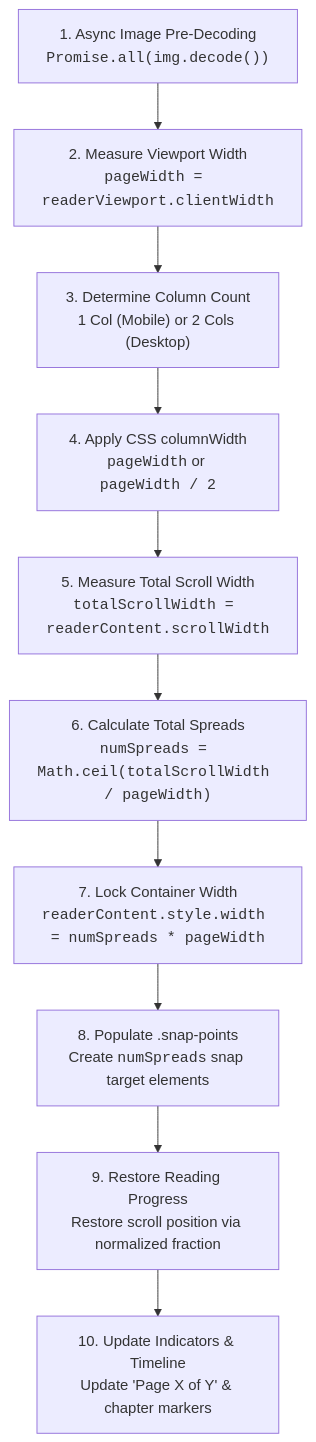
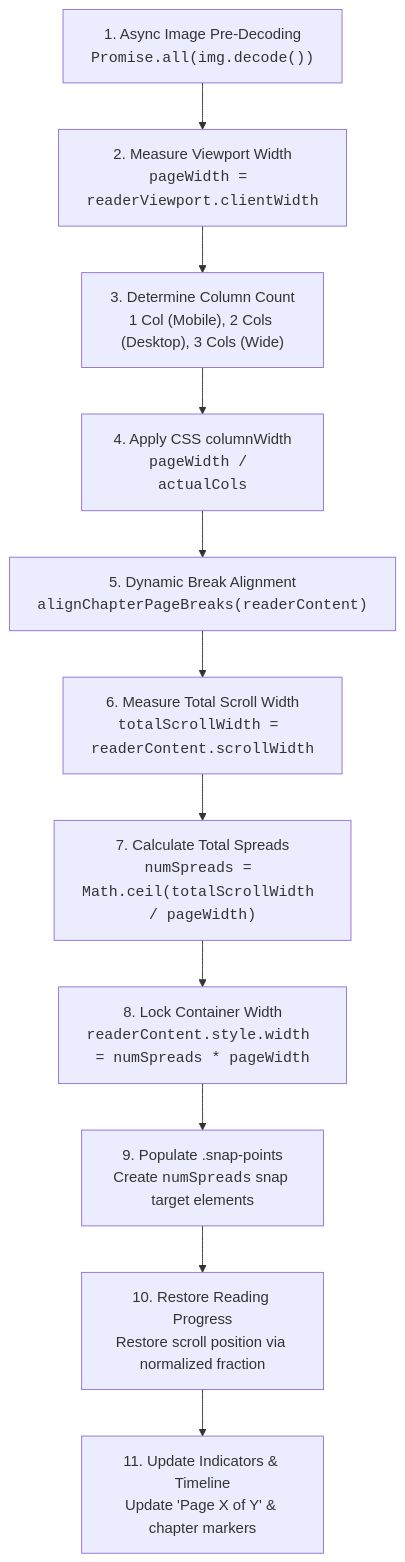
The diagram in READER_ENGINE.md (rogerallen/zenolet), drawn with Mermaid before and after one commit. The commit also changed other lines of this file, not shown here.

Commit message:
docs: document dynamic break alignment and table fragmentation in READER_ENGINE.md

````diff
--- a/READER_ENGINE.md
+++ b/READER_ENGINE.md
@@ -92,12 +93,13 @@
 ```mermaid
 flowchart TD
     A["1. Async Image Pre-Decoding<br/><code>Promise.all(img.decode())</code>"] --> B["2. Measure Viewport Width<br/><code>pageWidth = readerViewport.clientWidth</code>"]
-    B --> C["3. Determine Column Count<br/>1 Col (Mobile) or 2 Cols (Desktop)"]
-    C --> D["4. Apply CSS columnWidth<br/><code>pageWidth</code> or <code>pageWidth / 2</code>"]
-    D --> E["5. Measure Total Scroll Width<br/><code>totalScrollWidth = readerContent.scrollWidth</code>"]
-    E --> F["6. Calculate Total Spreads<br/><code>numSpreads = Math.ceil(totalScrollWidth / pageWidth)</code>"]
-    F --> G["7. Lock Container Width<br/><code>readerContent.style.width = numSpreads * pageWidth</code>"]
-    G --> H["8. Populate .snap-points<br/>Create <code>numSpreads</code> snap target elements"]
-    H --> I["9. Restore Reading Progress<br/>Restore scroll position via normalized fraction"]
-    I --> J["10. Update Indicators & Timeline<br/>Update 'Page X of Y' & chapter markers"]
+    B --> C["3. Determine Column Count<br/>1 Col (Mobile), 2 Cols (Desktop), 3 Cols (Wide)"]
+    C --> D["4. Apply CSS columnWidth<br/><code>pageWidth / actualCols</code>"]
+    D --> E["5. Dynamic Break Alignment<br/><code>alignChapterPageBreaks(readerContent)</code>"]
+    E --> F["6. Measure Total Scroll Width<br/><code>totalScrollWidth = readerContent.scrollWidth</code>"]
+    F --> G["7. Calculate Total Spreads<br/><code>numSpreads = Math.ceil(totalScrollWidth / pageWidth)</code>"]
+    G --> H["8. Lock Container Width<br/><code>readerContent.style.width = numSpreads * pageWidth</code>"]
+    H --> I["9. Populate .snap-points<br/>Create <code>numSpreads</code> snap target elements"]
+    I --> J["10. Restore Reading Progress<br/>Restore scroll position via normalized fraction"]
+    J --> K["11. Update Indicators & Timeline<br/>Update 'Page X of Y' & chapter markers"]
 ```
````
